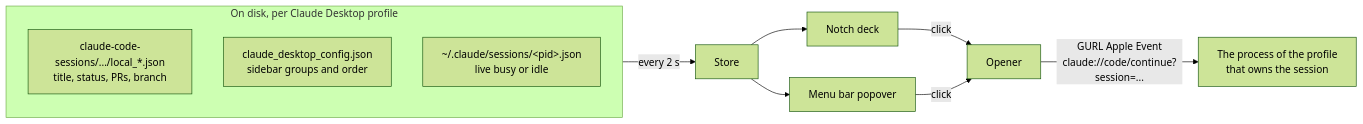
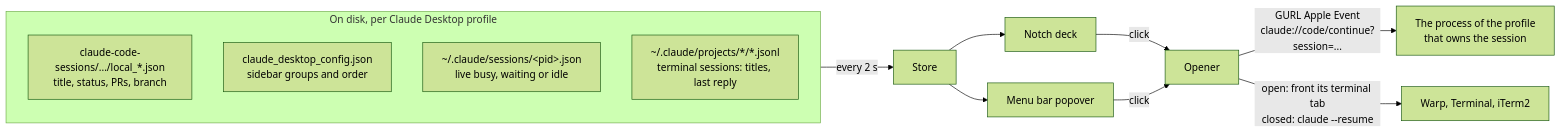
Before and after one commit to XAV-VINCENT/session-deck: the diagram in README.md, drawn with Mermaid (forest theme). The commit also changed other lines of this file and 19 other files, not shown here.

First line of the commit message:
Claude Code CLI sessions in a Terminal card

````diff
--- a/README.md
+++ b/README.md
@@ -89,14 +105,16 @@
 ```mermaid
 flowchart LR
     subgraph disk["On disk, per Claude Desktop profile"]
         A["claude-code-sessions/.../local_*.json<br/>title, status, PRs, branch"]
         B["claude_desktop_config.json<br/>sidebar groups and order"]
-        C["~/.claude/sessions/&lt;pid&gt;.json<br/>live busy or idle"]
+        C["~/.claude/sessions/&lt;pid&gt;.json<br/>live busy, waiting or idle"]
+        D["~/.claude/projects/*/*.jsonl<br/>terminal sessions: titles, last reply"]
     end
     disk -->|every 2 s| S[Store]
     S --> N[Notch deck]
     S --> M[Menu bar popover]
     N -->|click| O[Opener]
     M -->|click| O
     O -->|"GURL Apple Event<br/>claude://code/continue?session=..."| P["The process of the profile<br/>that owns the session"]
+    O -->|"open: front its terminal tab<br/>closed: claude --resume"| T["Warp, Terminal, iTerm2"]
 ```
````
